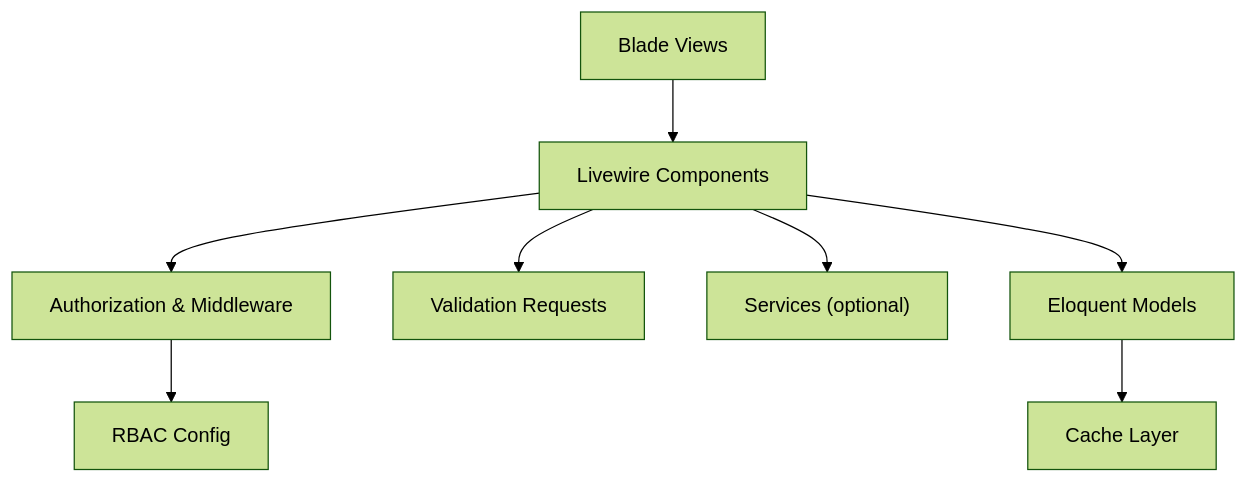
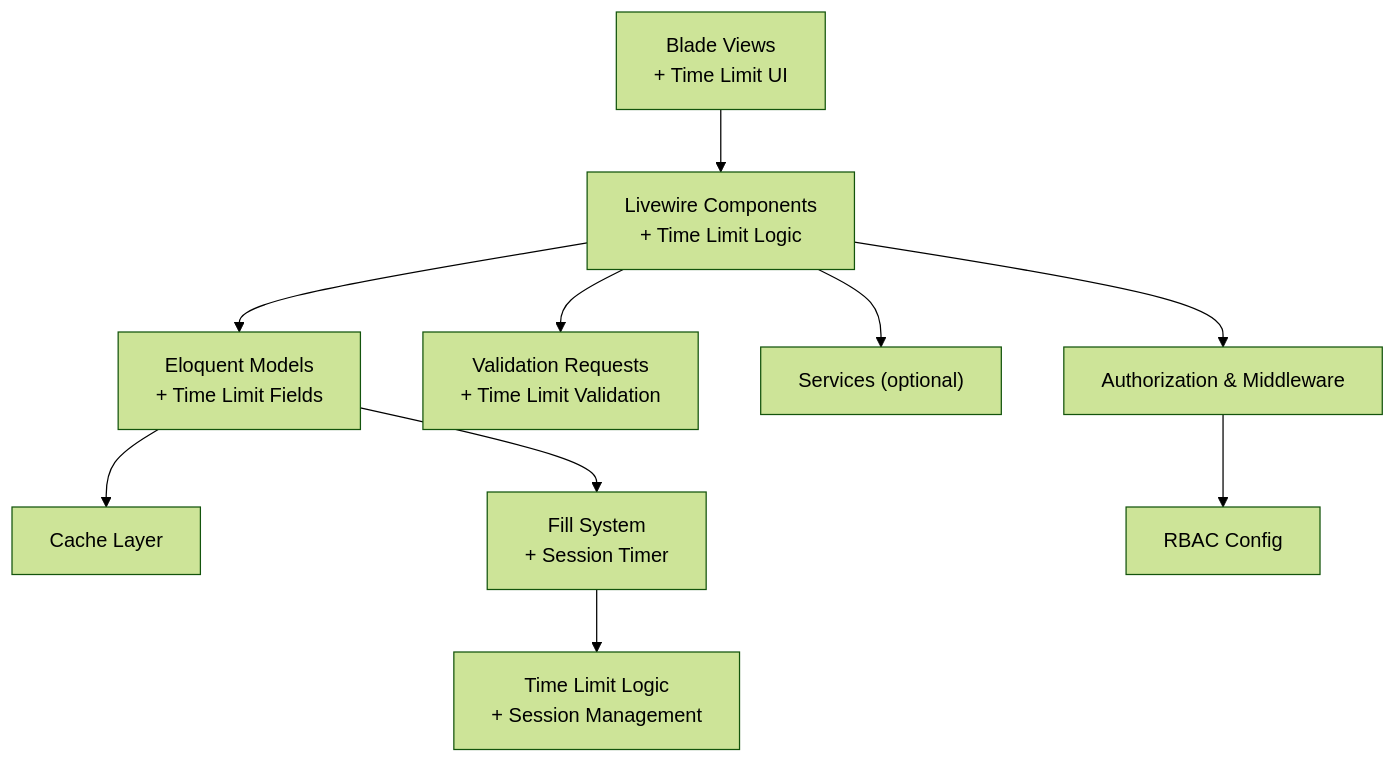
The second of 11 diagrams in .qoder/repowiki/en/content/Livewire Components/Admin Components.md (rudicatsmile/assesment360), drawn with Mermaid (forest theme) before and after one commit. The commit also changed other lines of this file and 6 other files, not shown here.

````diff
--- a/.qoder/repowiki/en/content/Livewire Components/Admin Components.md
+++ b/.qoder/repowiki/en/content/Livewire Components/Admin Components.md
@@ -171,10 +179,12 @@
 ```mermaid
 graph TB
-UI["Blade Views"] --> LW["Livewire Components"]
+UI["Blade Views<br/>+ Time Limit UI"] --> LW["Livewire Components<br/>+ Time Limit Logic"]
 LW --> AUTH["Authorization & Middleware"]
-LW --> REQ["Validation Requests"]
+LW --> REQ["Validation Requests<br/>+ Time Limit Validation"]
 LW --> SVC["Services (optional)"]
-LW --> DB["Eloquent Models"]
+LW --> DB["Eloquent Models<br/>+ Time Limit Fields"]
 DB --> CACHE["Cache Layer"]
+DB --> FILL["Fill System<br/>+ Session Timer"]
 AUTH --> RBAC["RBAC Config"]
+FILL --> TIME["Time Limit Logic<br/>+ Session Management"]
 ```
````
